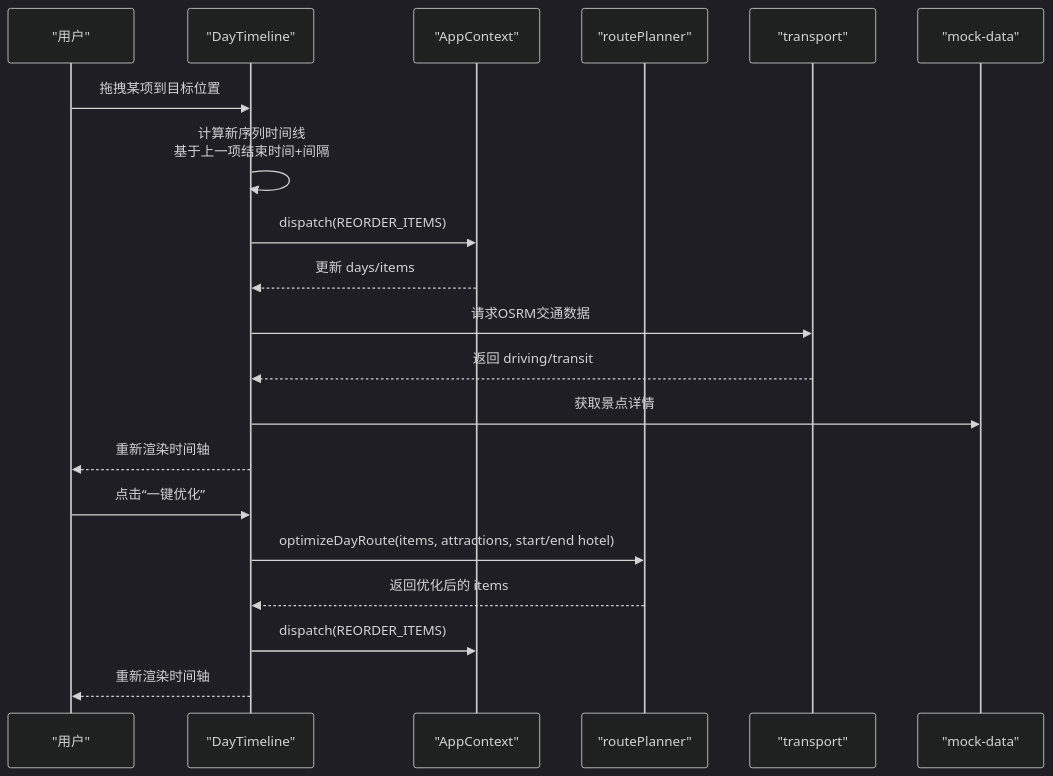
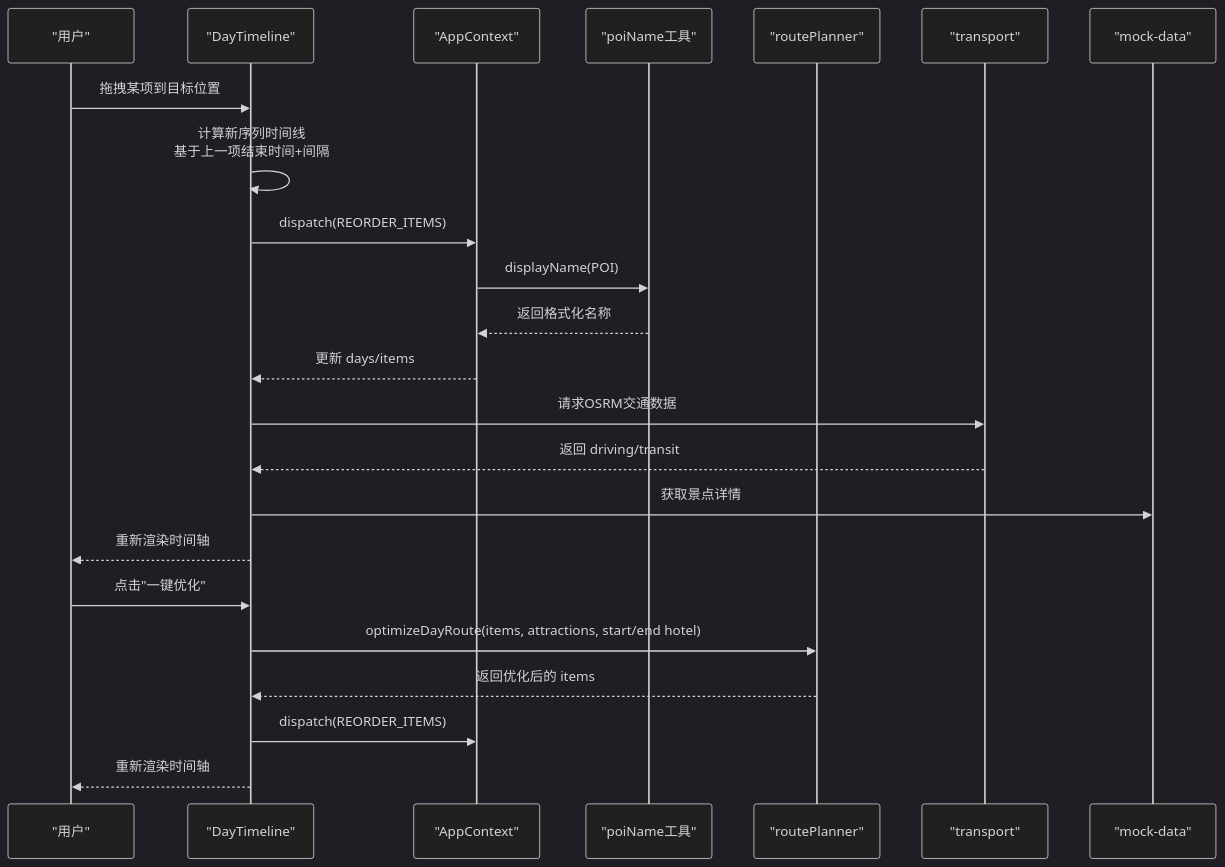
One commit to ititjjy/AITrip-plan changed the sixth of 9 diagrams in .qoder/repowiki/zh/content/UI组件系统/行程规划组件.md. Above: the diagram before and after it, drawn with Mermaid (dark theme). The commit also changed other lines of this file and 144 other files, not shown here.

````diff
--- a/.qoder/repowiki/zh/content/UI组件系统/行程规划组件.md
+++ b/.qoder/repowiki/zh/content/UI组件系统/行程规划组件.md
@@ -230,22 +299,25 @@
 ```mermaid
 sequenceDiagram
 participant U as "用户"
 participant DT as "DayTimeline"
 participant AC as "AppContext"
+participant PN as "poiName工具"
 participant RP as "routePlanner"
 participant TR as "transport"
 participant MD as "mock-data"
 U->>DT : 拖拽某项到目标位置
 DT->>DT : 计算新序列时间线<br/>基于上一项结束时间+间隔
 DT->>AC : dispatch(REORDER_ITEMS)
+AC->>PN : displayName(POI)
+PN-->>AC : 返回格式化名称
 AC-->>DT : 更新 days/items
 DT->>TR : 请求OSRM交通数据
 TR-->>DT : 返回 driving/transit
 DT->>MD : 获取景点详情
 DT-->>U : 重新渲染时间轴
-U->>DT : 点击“一键优化”
+U->>DT : 点击"一键优化"
 DT->>RP : optimizeDayRoute(items, attractions, start/end hotel)
 RP-->>DT : 返回优化后的 items
 DT->>AC : dispatch(REORDER_ITEMS)
 DT-->>U : 重新渲染时间轴
 ```
````
